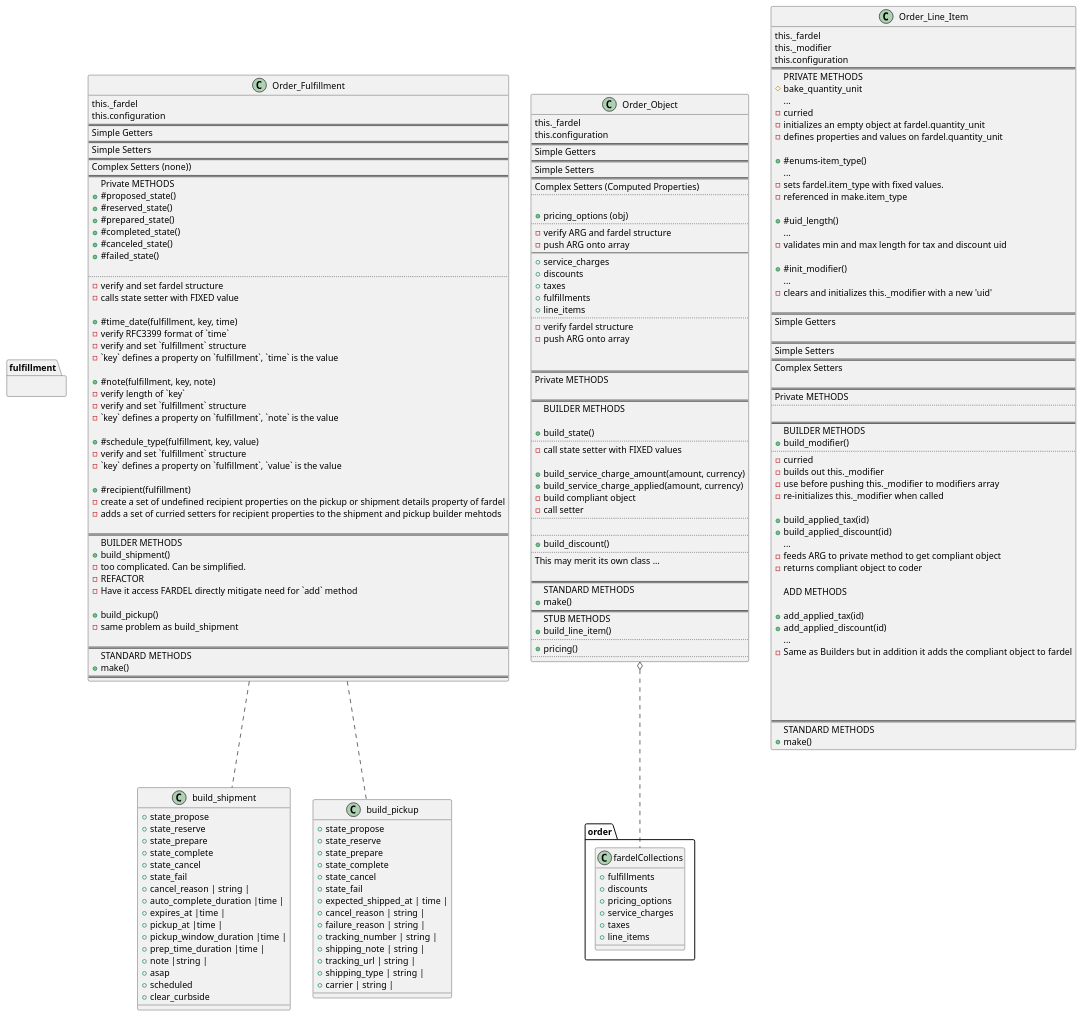
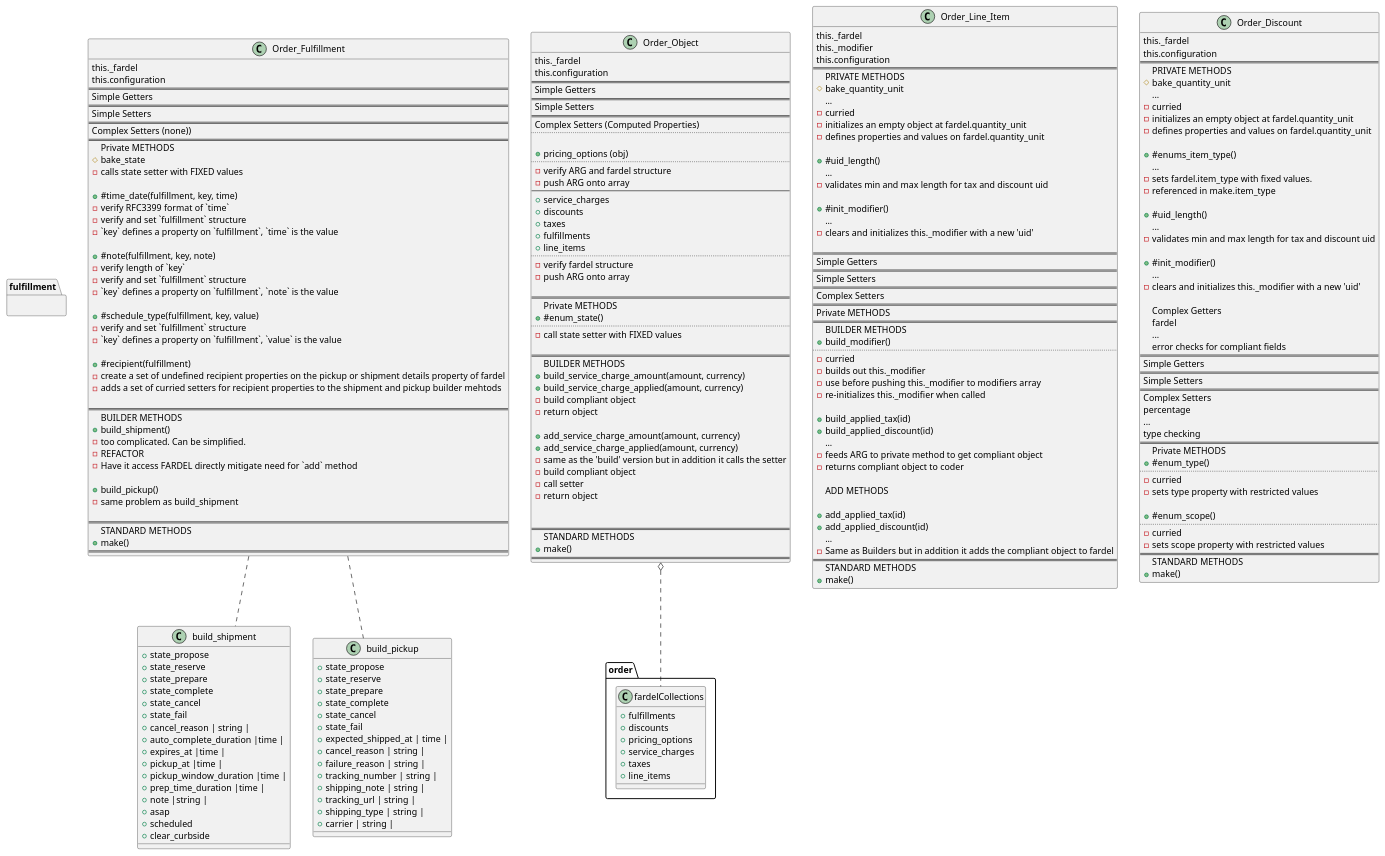
The diagram in docs/uml/order_object_pie.puml (TwoFistedJustice/square-pie), drawn with PlantUML before and after one commit.

Commit message:
docs: update to reflect refactor of classes

```diff
--- a/docs/uml/order_object_pie.puml
+++ b/docs/uml/order_object_pie.puml
@@ -20,7 +20,6 @@
 }
 
 }
-
 
 class Order_Object{
 this._fardel
@@ -47,37 +46,31 @@
 - verify fardel structure
 - push ARG onto array
 
-
 ==
 Private METHODS
++ #enum_state()
+..
+- call state setter with FIXED values
 
 ==
 BUILDER METHODS
-
-+ build_state()
-..
-- call state setter with FIXED values
-
 + build_service_charge_amount(amount, currency)
 + build_service_charge_applied(amount, currency)
 - build compliant object
+- return object
+
++ add_service_charge_amount(amount, currency)
++ add_service_charge_applied(amount, currency)
+- same as the 'build' version but in addition it calls the setter
+- build compliant object
 - call setter
-..
+- return object
 
-..
-+ build_discount()
-..
-This may merit its own class ...
 
 ==
 STANDARD METHODS
 + make()
 ==
-STUB METHODS
-+ build_line_item()
-..
-+ pricing()
-..
 }
 
 class Order_Fulfillment {
@@ -91,16 +84,8 @@
 Complex Setters (none))
 ==
 Private METHODS
-+ #proposed_state()
-+ #reserved_state()
-+ #prepared_state()
-+ #completed_state()
-+ #canceled_state()
-+ #failed_state()
-
-..
-- verify and set fardel structure
-- calls state setter with FIXED value
+#bake_state
+- calls state setter with FIXED values
 
 + #time_date(fulfillment, key, time)
 - verify RFC3399 format of `time`
@@ -148,11 +133,6 @@
 - initializes an empty object at fardel.quantity_unit
 - defines properties and values on fardel.quantity_unit
 
-+#enums-item_type()
-...
-- sets fardel.item_type with fixed values.
-- referenced in make.item_type
-
 +#uid_length()
 ...
 - validates min and max length for tax and discount uid
@@ -163,16 +143,12 @@
 
 ==
 Simple Getters
-
 ==
 Simple Setters
 ==
 Complex Setters
-
 ==
 Private METHODS
-..
-
 ==
 BUILDER METHODS
 +build_modifier()
@@ -194,11 +170,6 @@
 +add_applied_discount(id)
 ...
 - Same as Builders but in addition it adds the compliant object to fardel
-
-
-
-
-
 ==
 STANDARD METHODS
 + make()
@@ -206,7 +177,58 @@
 
 
 
+class Order_Discount {
+this._fardel
+this.configuration
+==
+PRIVATE METHODS
+#bake_quantity_unit
+...
+- curried
+- initializes an empty object at fardel.quantity_unit
+- defines properties and values on fardel.quantity_unit
 
++#enums_item_type()
+...
+- sets fardel.item_type with fixed values.
+- referenced in make.item_type
+
++#uid_length()
+...
+- validates min and max length for tax and discount uid
+
++#init_modifier()
+...
+ - clears and initializes this._modifier with a new 'uid'
+
+Complex Getters
+fardel
+...
+error checks for compliant fields
+==
+Simple Getters
+==
+Simple Setters
+==
+Complex Setters
+percentage
+...
+type checking
+==
+Private METHODS
++#enum_type()
+..
+- curried
+- sets type property with restricted values
+
++#enum_scope()
+..
+- curried
+- sets scope property with restricted values
+==
+STANDARD METHODS
++ make()
+}
 
 
 
```
